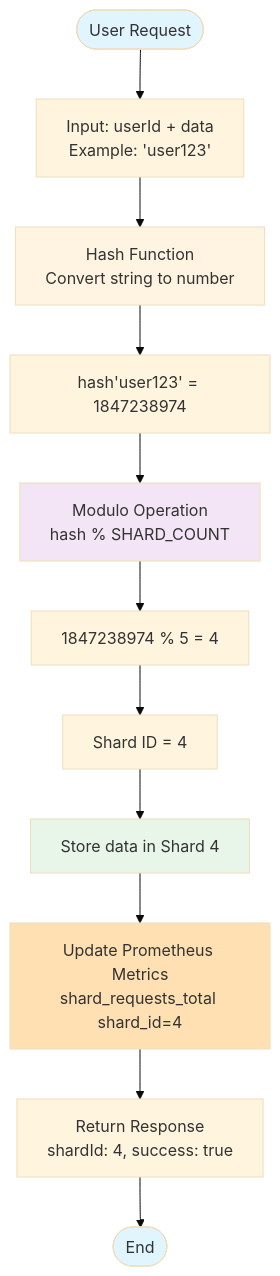
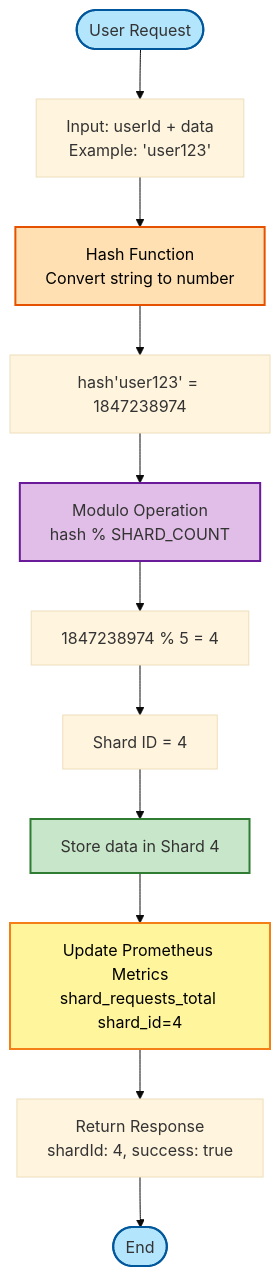
The third of 10 diagrams in ARCHITECTURE.md (Demilade01/sharded-data-service), drawn with Mermaid (base theme) before and after one commit. The commit also changed other lines of this file, not shown here.

````diff
--- a/ARCHITECTURE.md
+++ b/ARCHITECTURE.md
@@ -141,20 +141,20 @@
 ```mermaid
 graph TD
     Start([User Request]) --> Input[Input: userId + data<br/>Example: 'user123']
     Input --> Hash[Hash Function<br/>Convert string to number]
     Hash --> HashCalc[hash'user123' = 1847238974]
     HashCalc --> Modulo[Modulo Operation<br/>hash % SHARD_COUNT]
     Modulo --> ModCalc[1847238974 % 5 = 4]
     ModCalc --> ShardId[Shard ID = 4]
     ShardId --> Store[Store data in Shard 4]
     Store --> UpdateMetrics[Update Prometheus Metrics<br/>shard_requests_total shard_id=4]
     UpdateMetrics --> Response[Return Response<br/>shardId: 4, success: true]
     Response --> End([End])
 
-    style Start fill:#e1f5ff
-    style Hash fill:#fff4e1
-    style Modulo fill:#f3e5f5
-    style Store fill:#e8f5e9
-    style UpdateMetrics fill:#ffe0b2
-    style End fill:#e1f5ff
+    style Start fill:#b3e5fc,stroke:#01579b,stroke-width:2px
+    style Hash fill:#ffe0b2,stroke:#e65100,stroke-width:2px,color:#000
+    style Modulo fill:#e1bee7,stroke:#6a1b9a,stroke-width:2px
+    style Store fill:#c8e6c9,stroke:#2e7d32,stroke-width:2px
+    style UpdateMetrics fill:#fff59d,stroke:#f57f17,stroke-width:2px,color:#000
+    style End fill:#b3e5fc,stroke:#01579b,stroke-width:2px
 ```
````
